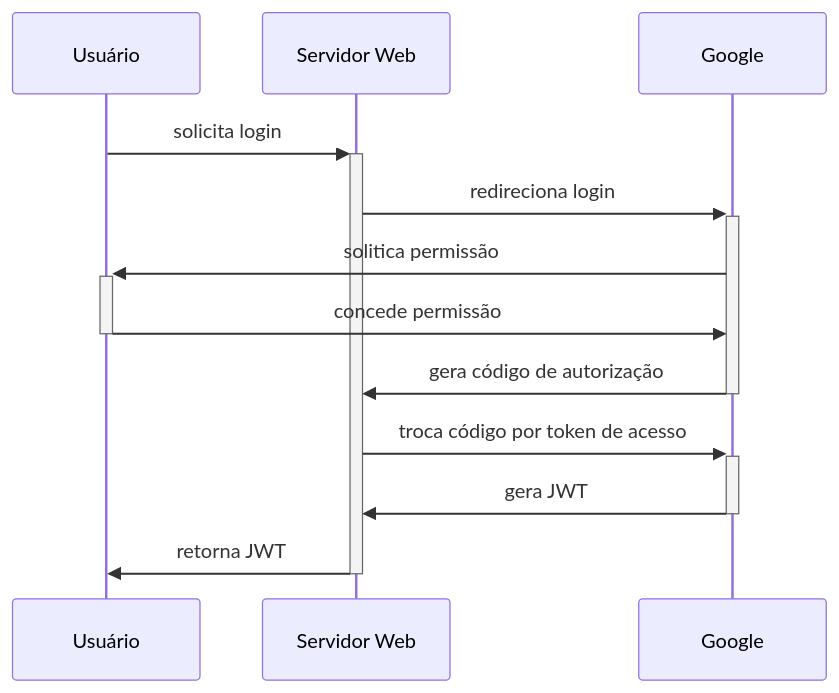
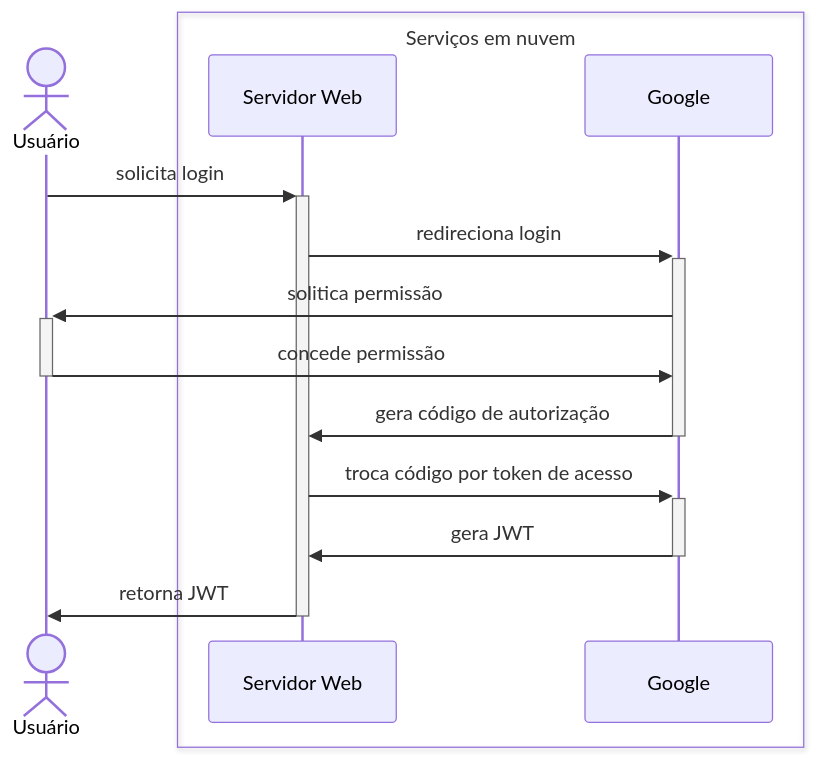
Before and after one commit to feira-de-jogos/feira-de-jogos: the first of 8 diagrams in v2/README.md, drawn with Mermaid. The commit also changed other lines of this file, not shown here.

````diff
--- a/v2/README.md
+++ b/v2/README.md
@@ -34,11 +34,17 @@
 ```mermaid
 sequenceDiagram
+  actor Usuário
+  box Serviços em nuvem
+    participant Servidor Web
+    participant Google
+  end
+  
   Usuário ->>+ Servidor Web: solicita login
   Servidor Web ->>+ Google: redireciona login
   Google ->>+ Usuário: solitica permissão
   Usuário ->>- Google: concede permissão
   Google ->>- Servidor Web: gera código de autorização
   Servidor Web ->>+ Google: troca código por token de acesso
   Google ->>- Servidor Web: gera JWT
   Servidor Web ->>- Usuário: retorna JWT
 ```
````
